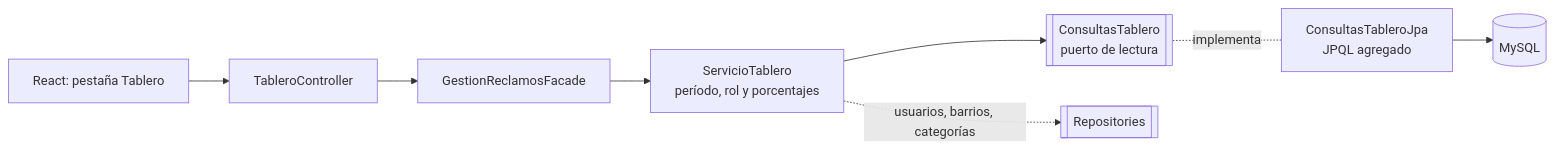
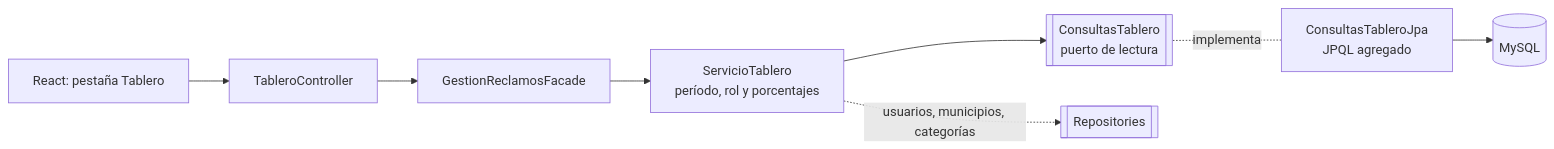
Before and after one commit to SanTegli/DesarrolloAppsIIGrupo10: diagram 13 of 13 in docs/arquitectura.md, drawn with Mermaid. The commit also changed other lines of this file and 159 other files, not shown here.

First line of the commit message:
Municipios en vez de barrios: Quilmes, Avellaneda y Berazategui

````diff
--- a/docs/arquitectura.md
+++ b/docs/arquitectura.md
@@ -790,10 +801,10 @@
 ```mermaid
 flowchart LR
   UI[React: pestaña Tablero] --> TC[TableroController]
   TC --> F[GestionReclamosFacade]
   F --> ST[ServicioTablero<br/>período, rol y porcentajes]
   ST --> CT[[ConsultasTablero<br/>puerto de lectura]]
   CT -.implementa.- CJ[ConsultasTableroJpa<br/>JPQL agregado]
   CJ --> DB[(MySQL)]
-  ST -. usuarios, barrios, categorías .-> R[[Repositories]]
+  ST -. usuarios, municipios, categorías .-> R[[Repositories]]
 ```
````
